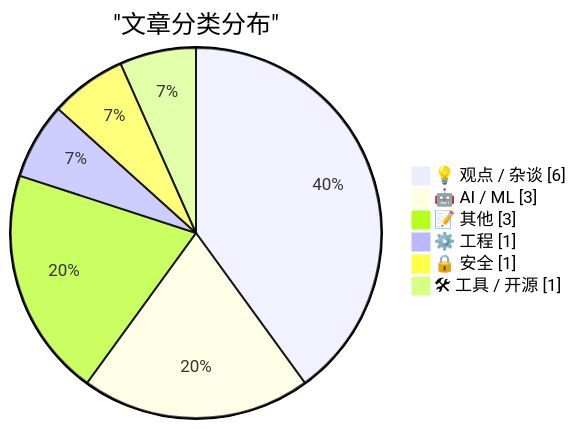
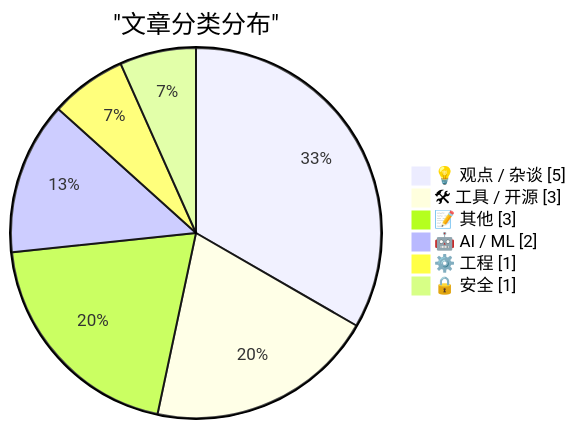
Before and after one commit to NicCraver/ai-daily-digest-web: the first of 2 diagrams in data/digest-20260423.md, drawn with Mermaid. The commit also changed other lines of this file and 2 other files, not shown here.

````diff
--- a/data/digest-20260423.md
+++ b/data/digest-20260423.md
@@ -53,10 +53,10 @@
 ```mermaid
 pie showData
     title "文章分类分布"
-    "💡 观点 / 杂谈" : 6
-    "🤖 AI / ML" : 3
+    "💡 观点 / 杂谈" : 5
+    "🛠 工具 / 开源" : 3
     "📝 其他" : 3
+    "🤖 AI / ML" : 2
     "⚙️ 工程" : 1
     "🔒 安全" : 1
-    "🛠 工具 / 开源" : 1
 ```
````
